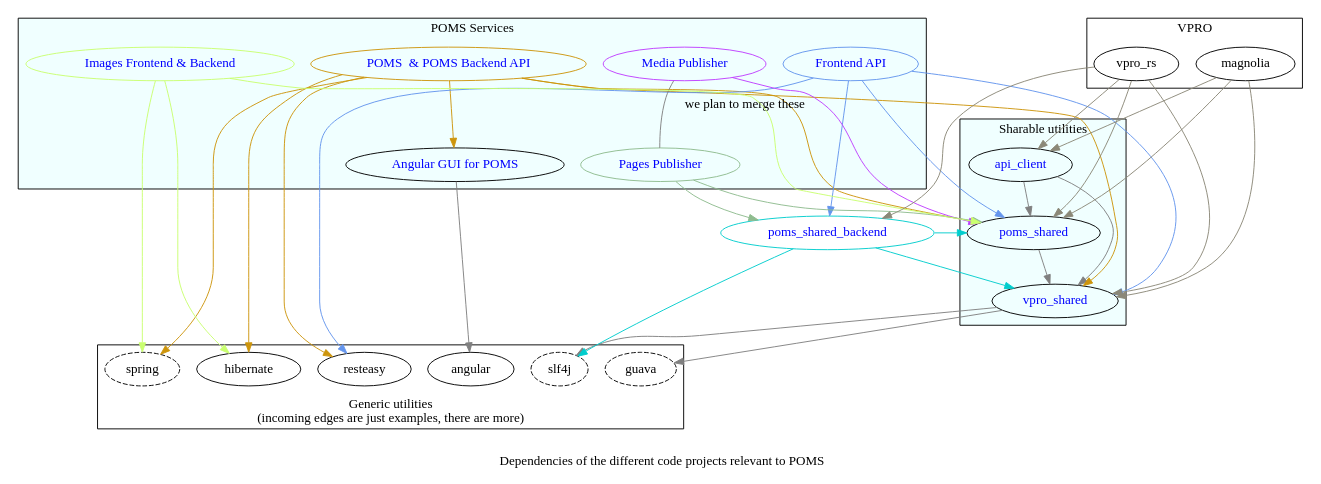
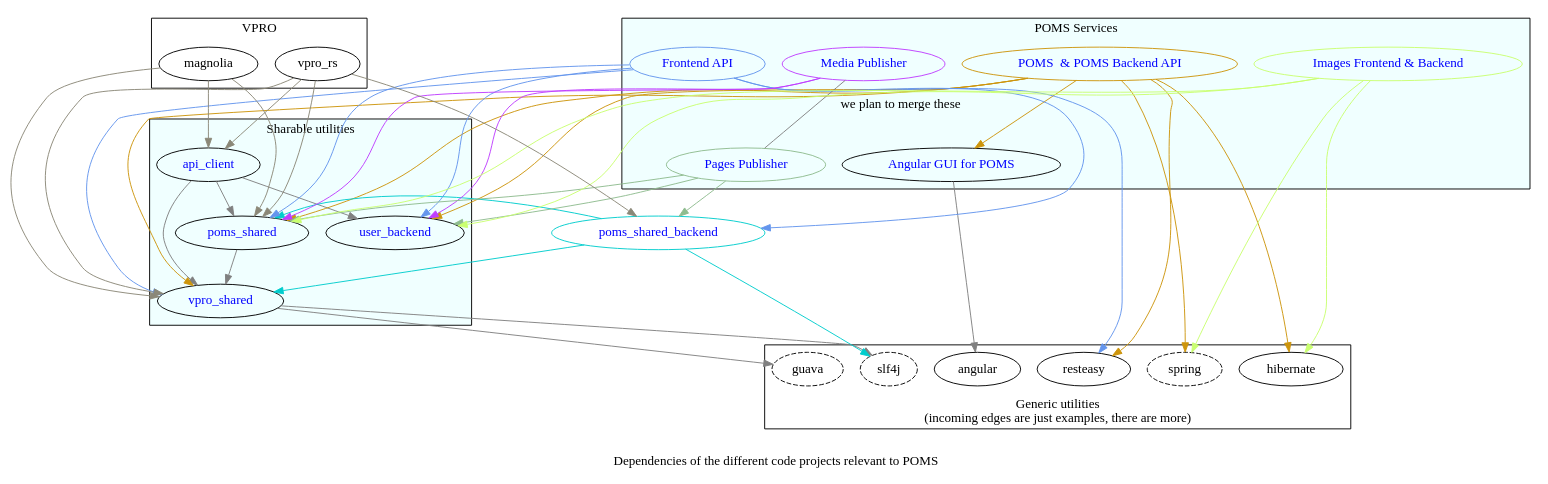
The diagram in poms-dependencies.dot (npo-poms/poms-parent), drawn with Graphviz before and after one commit. The commit also changed 3 other files, not shown here.

```diff
--- a/poms-dependencies.dot
+++ b/poms-dependencies.dot
@@ -1,142 +1,152 @@
 
 strict digraph {
   vpro_shared  [
                 href="https://github.com/vpro/vpro-shared"
                 fontcolor=blue
                 ]
   poms_shared  [
                 href="https://github.com/npo-poms/poms-shared"
                 fontcolor=blue
    ]
   api_client [ href="https://github.com/npo-poms/api-clients" fontcolor=blue ]
   poms_backend [ label="POMS  & POMS Backend API" href="https://subversion.vpro.nl/viewvc/nl/vpro/media" fontcolor=blue color=darkgoldenrod3]
   poms_gui [ label="Angular GUI for POMS" href="https://subversion.vpro.nl/viewvc/nl/vpro/media-gui" fontcolor=blue ]
   poms_shared_backend [ href="https://subversion.vpro.nl/viewvc/nl/publiekeomroep/poms-shared-backend/" fontcolor=blue color=cyan3 ]
   api [ label="Frontend API" href="https://subversion.vpro.nl/viewvc/nl/vpro/api/" fontcolor=blue color=cornflowerblue]
   media_publish [ label="Media Publisher" href="https://subversion.vpro.nl/viewvc/nl/publiekeomroep/npo-publish/" fontcolor=blue color=darkorchid1]
   pages_publish [ label="Pages Publisher" href="https://subversion.vpro.nl/viewvc/nl/vpro/pages-publish/" fontcolor=blue color=darkseagreen ]
-
+  user_backend [ href="https://subversion.vpro.nl/repo/nl/vpro/user" fontcolor=blue ]
   images [ label="Images Frontend & Backend" href="https://subversion.vpro.nl/viewvc/nl/vpro/images/" fontcolor=blue color=darkolivegreen1 ]
 
 
 
   label="
   Dependencies of the different code projects relevant to POMS";
 
   graph [
          splines=yes
          ]
   edge [
         color=gray
         ]
 
 
   subgraph cluster_0  {
     label="Generic utilities\n(incoming edges are just examples, there are more)"
     //label="Utilities which we don't maintain. These are only some example. Also, not every edge is included";
     labelloc=b
     slf4j[style=dashed]
     guava[style=dashed]
     spring[style=dashed]
     resteasy
     hibernate
     angular
 
   }
 
   subgraph cluster_1  {
     label="VPRO"
     magnolia
     vpro_rs
   }
   subgraph cluster_2  {
     label="POMS Services"
     description="These are actually deployed"
     bgcolor=azure
     poms_gui
     poms_backend
     pages_publish
     media_publish
     api
     images
   }
 
   subgraph cluster_4  {
     label="Sharable utilities"
     bgcolor=azure
     api_client
     vpro_shared
     poms_shared
+    user_backend
+
   }
 
 
   vpro_shared -> {
     slf4j
-    guava}
+    guava
+  }
   poms_shared -> vpro_shared
   poms_shared_backend -> {
     vpro_shared
     poms_shared
     slf4j
   }[color=cyan3]
 
   api -> {
     poms_shared
     poms_shared_backend
     vpro_shared
+    user_backend
     resteasy
   }[color=cornflowerblue]
 
 
   pages_publish -> {
     poms_shared_backend
     poms_shared
+    user_backend
   }[color=darkseagreen]
 
   media_publish -> {
     poms_shared
+    user_backend
+    user_backend
     #poms_shared_backend
     }[color=darkorchid1]
 
     media_publish -> pages_publish[label="we plan to merge these" dir=none]
 
 
 
   api_client -> {
     poms_shared
     vpro_shared
+    user_backend
   }
 
 
   images -> {
     poms_shared
+    user_backend
     spring
     hibernate
   }[color=darkolivegreen1]
 
   magnolia -> {
     api_client
     vpro_shared
     poms_shared
   }[color=cornsilk4]
 
 
   vpro_rs -> {
     api_client
     vpro_shared
     poms_shared
     poms_shared_backend
   }[color=cornsilk4]
 
   poms_backend -> {
     poms_shared
     poms_gui
     resteasy
     spring
     hibernate
     vpro_shared
+    user_backend
   }[color=darkgoldenrod3]
   poms_gui -> angular
 
 
 }
```
